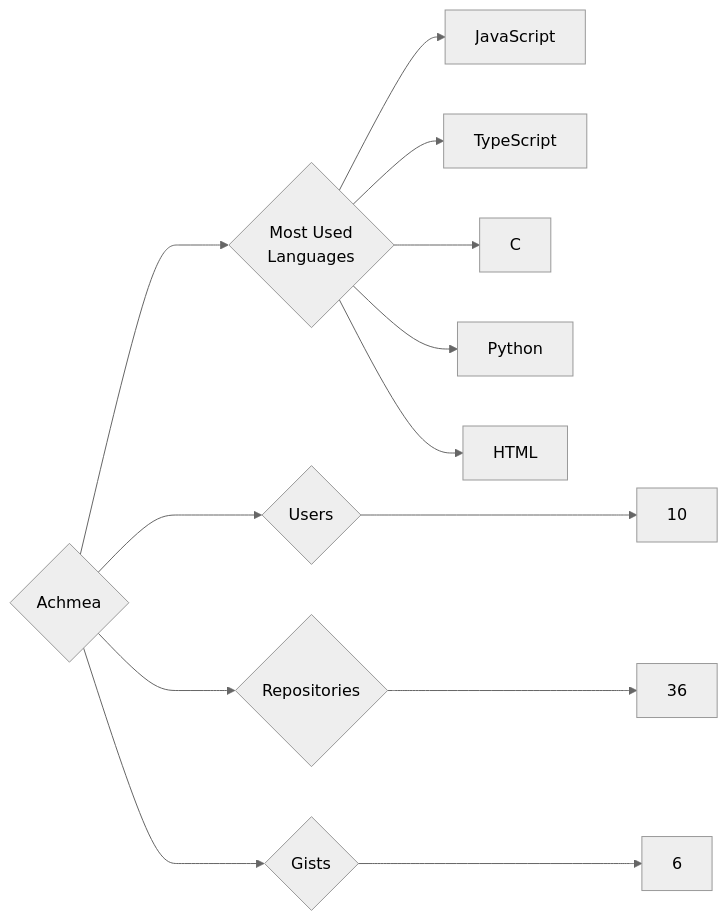
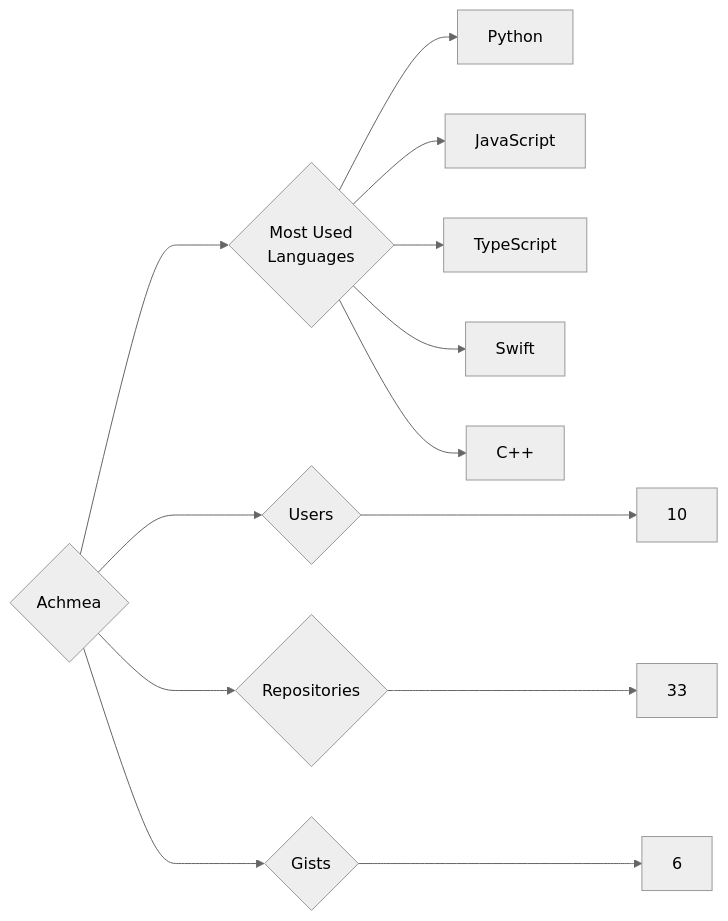
One commit to trickest/insiders changed the diagram in targets/Achmea/README.md. Above: the diagram before and after it, drawn with Mermaid (neutral theme). The commit also changed 639 other files, not shown here.

````diff
--- a/targets/Achmea/README.md
+++ b/targets/Achmea/README.md
@@ -3,13 +3,13 @@
 ```mermaid
 graph LR
 COMPANY_NAME{Achmea}
 COMPANY_NAME ---> U{Users} ---> UN[10]
-COMPANY_NAME ---> R{Repositories} ---> RN[36]
+COMPANY_NAME ---> R{Repositories} ---> RN[33]
 COMPANY_NAME ---> G{Gists} ---> GN[6]
 COMPANY_NAME ---> ML{Most Used<br>Languages}
+ML --> Python[Python]
 ML --> JavaScript[JavaScript]
 ML --> TypeScript[TypeScript]
-ML --> C[C]
-ML --> Python[Python]
-ML --> HTML[HTML]
+ML --> Swift[Swift]
+ML --> C++[C++]
 ```
````
